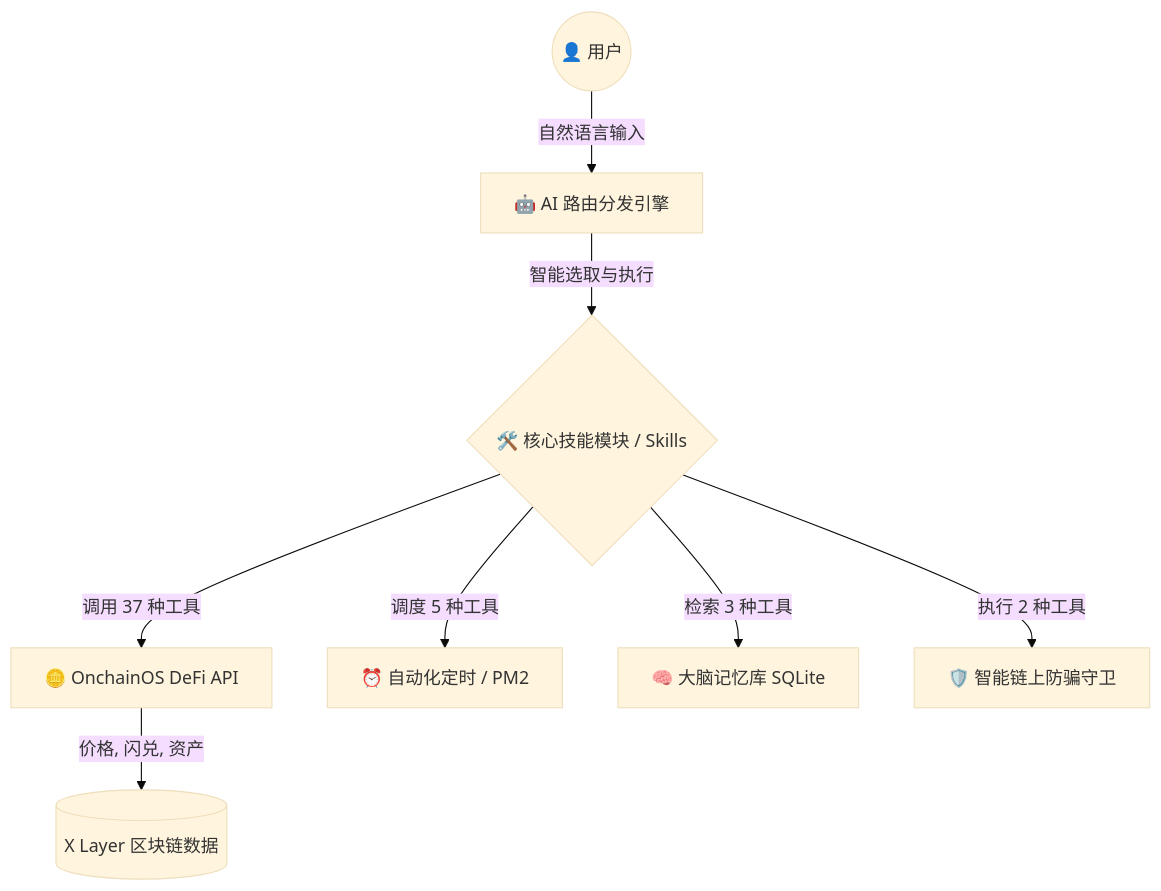
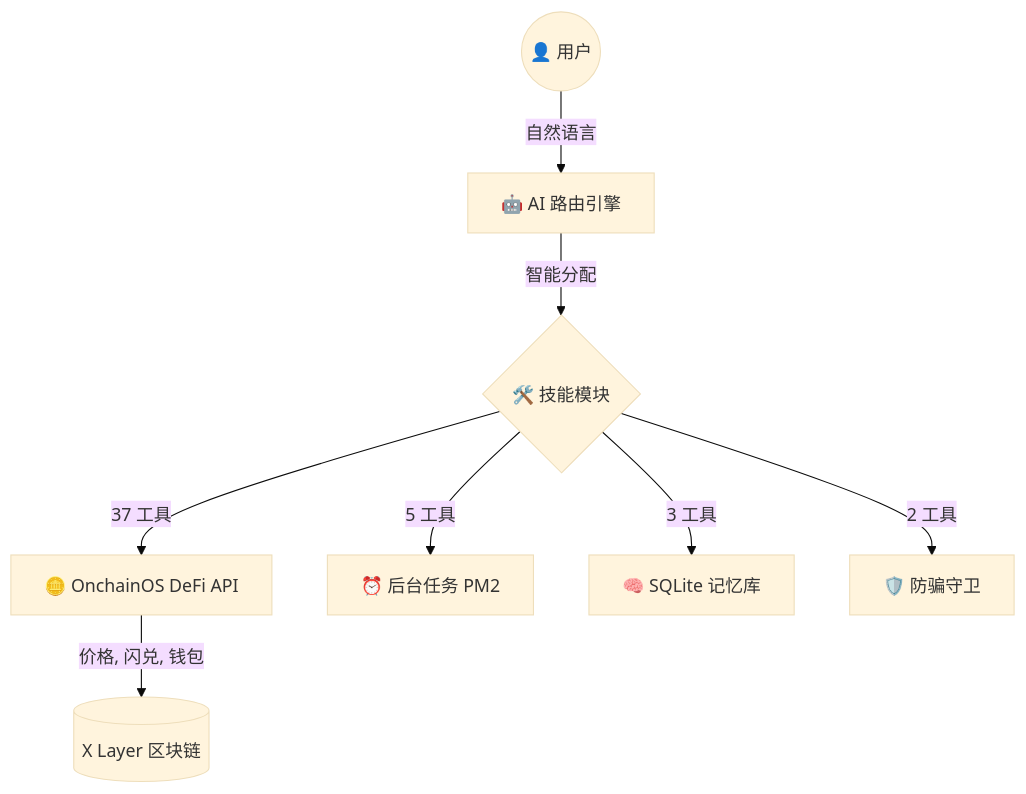
The second of 3 diagrams in README.md (haivcon/xbot), drawn with Mermaid (base theme) before and after one commit. The commit also changed other lines of this file, not shown here.

````diff
--- a/README.md
+++ b/README.md
@@ -505,10 +753,10 @@
 ```mermaid
 graph TD;
-    User((👤 用户)) -->|自然语言输入| Core[🤖 AI 路由分发引擎];
-    Core -->|智能选取与执行| Tools{🛠️ 核心技能模块 / Skills};
-    Tools -->|调用 37 种工具| Onchain[🪙 OnchainOS DeFi API];
-    Tools -->|调度 5 种工具| Scheduler[⏰ 自动化定时 / PM2];
-    Tools -->|检索 3 种工具| Memory[🧠 大脑记忆库 SQLite];
-    Tools -->|执行 2 种工具| Security[🛡️ 智能链上防骗守卫];
-    Onchain -->|价格, 闪兑, 资产| XLayer[(X Layer 区块链数据)];
+    User((👤 用户)) -->|自然语言| Core[🤖 AI 路由引擎];
+    Core -->|智能分配| Tools{🛠️ 技能模块};
+    Tools -->|37 工具| Onchain[🪙 OnchainOS DeFi API];
+    Tools -->|5 工具| Scheduler[⏰ 后台任务 PM2];
+    Tools -->|3 工具| Memory[🧠 SQLite 记忆库];
+    Tools -->|2 工具| Security[🛡️ 防骗守卫];
+    Onchain -->|价格, 闪兑, 钱包| XLayer[(X Layer 区块链)];
 ```
````
